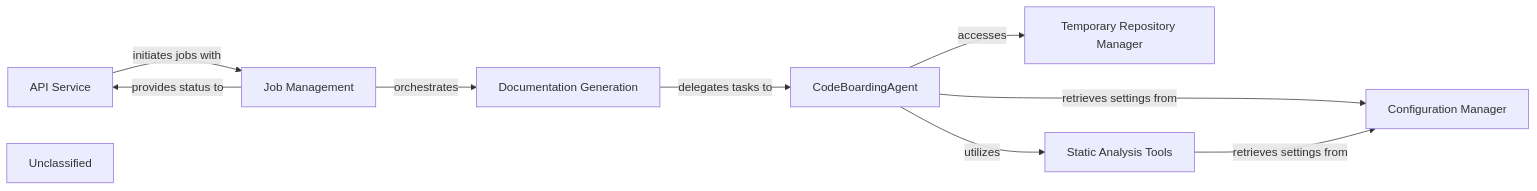
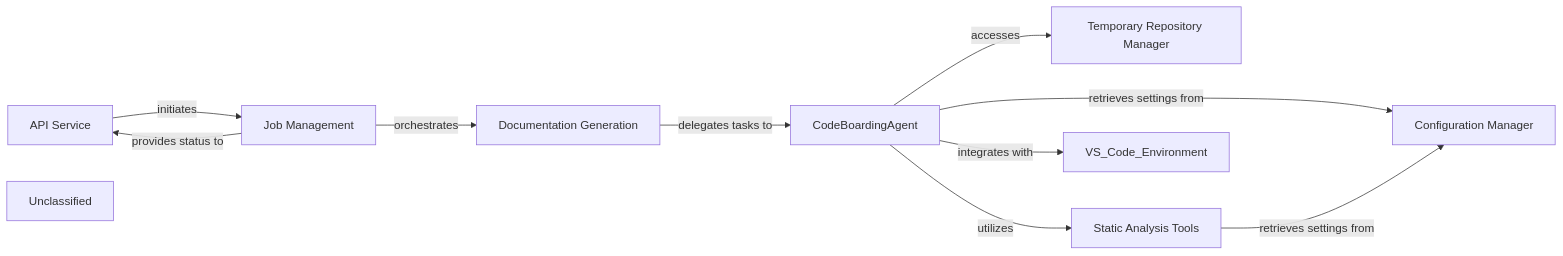
Before and after one commit to CodeBoarding/CodeBoarding: the diagram in .codeboarding/User_Interface_API_Gateway.md, drawn with Mermaid. The commit also changed other lines of this file and 17 other files, not shown here.

First line of the commit message:
docs: update codeboarding documentation and generate architecture

````diff
--- a/.codeboarding/User_Interface_API_Gateway.md
+++ b/.codeboarding/User_Interface_API_Gateway.md
@@ -1,19 +1,20 @@
 ```mermaid
 graph LR
     API_Service["API Service"]
     Job_Management["Job Management"]
     Documentation_Generation["Documentation Generation"]
     CodeBoardingAgent["CodeBoardingAgent"]
     Temporary_Repository_Manager["Temporary Repository Manager"]
     Static_Analysis_Tools["Static Analysis Tools"]
     Configuration_Manager["Configuration Manager"]
     Unclassified["Unclassified"]
-    API_Service -- "initiates jobs with" --> Job_Management
+    API_Service -- "initiates" --> Job_Management
     Job_Management -- "orchestrates" --> Documentation_Generation
     Documentation_Generation -- "delegates tasks to" --> CodeBoardingAgent
     CodeBoardingAgent -- "utilizes" --> Static_Analysis_Tools
     CodeBoardingAgent -- "accesses" --> Temporary_Repository_Manager
     CodeBoardingAgent -- "retrieves settings from" --> Configuration_Manager
     Static_Analysis_Tools -- "retrieves settings from" --> Configuration_Manager
     Job_Management -- "provides status to" --> API_Service
+    CodeBoardingAgent -- "integrates with" --> VS_Code_Environment
 ```
````
